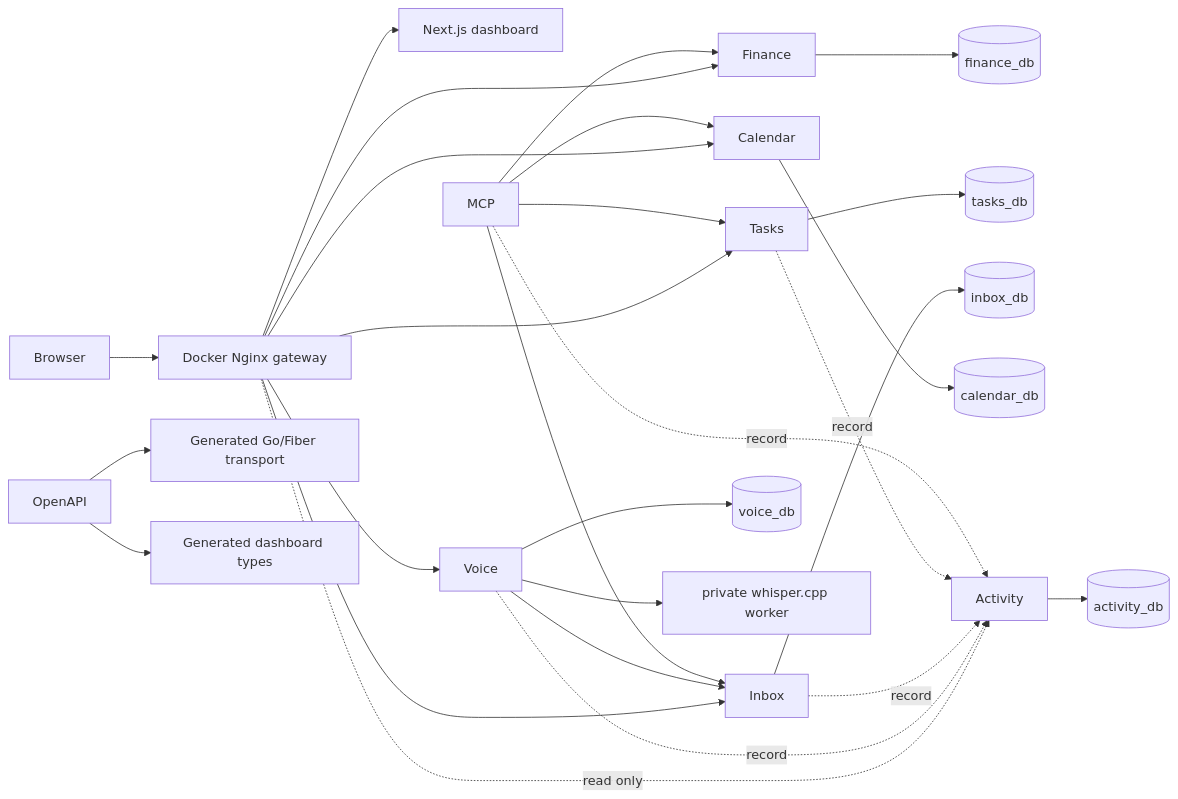
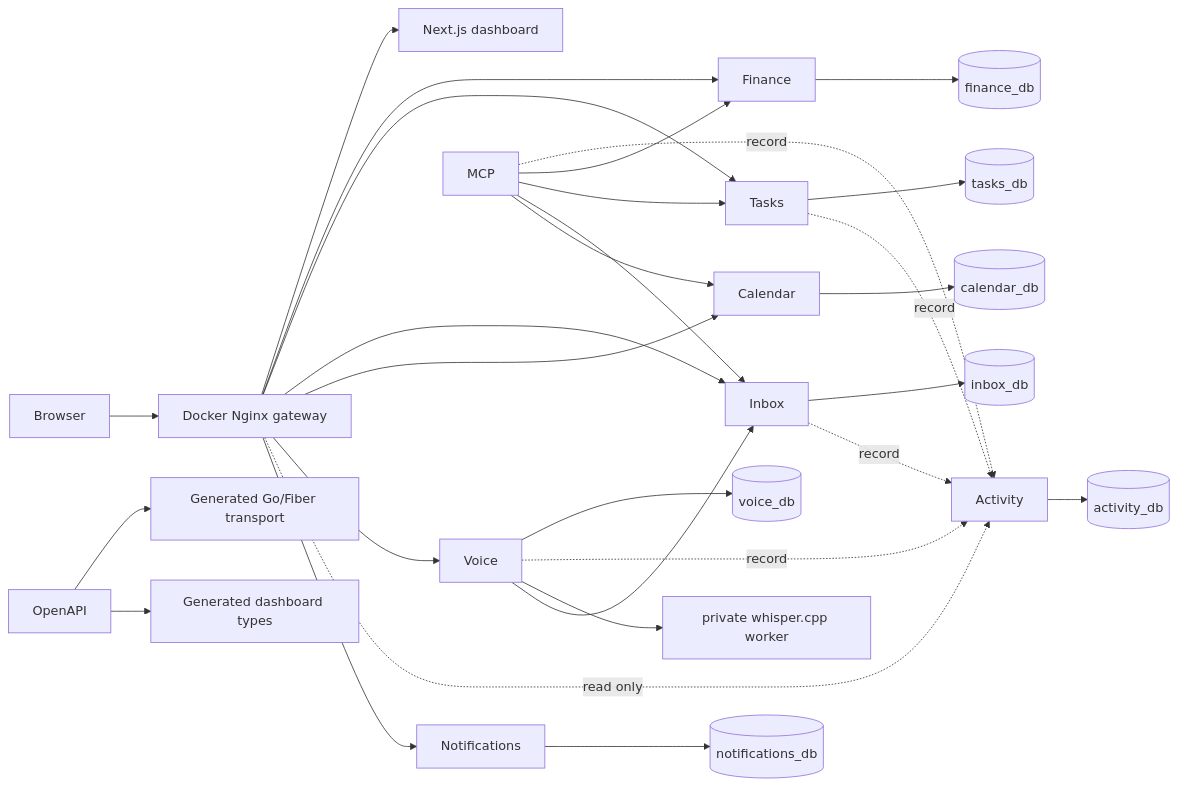
The diagram in docs/architecture/overview.md (GAMch1k/life-os), drawn with Mermaid before and after one commit. The commit also changed other lines of this file and 6 other files, not shown here.

````diff
--- a/docs/architecture/overview.md
+++ b/docs/architecture/overview.md
@@ -5,23 +5,24 @@
 ```mermaid
 flowchart LR
   Browser --> Gateway[Docker Nginx gateway]
   Gateway --> Dashboard[Next.js dashboard]
   Gateway --> Finance --> FDB[(finance_db)]
   Gateway --> Tasks --> TDB[(tasks_db)]
   Gateway --> Inbox --> IDB[(inbox_db)]
   Gateway --> Calendar --> CDB[(calendar_db)]
   Gateway --> Voice --> VDB[(voice_db)]
   Gateway -. read only .-> Activity --> ADB[(activity_db)]
+  Gateway --> Notifications --> NDB[(notifications_db)]
   Voice -. record .-> Activity
   Inbox -. record .-> Activity
   Tasks -. record .-> Activity
   MCP -. record .-> Activity
   Voice --> Whisper[private whisper.cpp worker]
   Voice --> Inbox
   MCP --> Finance
   MCP --> Tasks
   MCP --> Inbox
   MCP --> Calendar
   OpenAPI --> Go[Generated Go/Fiber transport]
   OpenAPI --> TS[Generated dashboard types]
 ```
````
